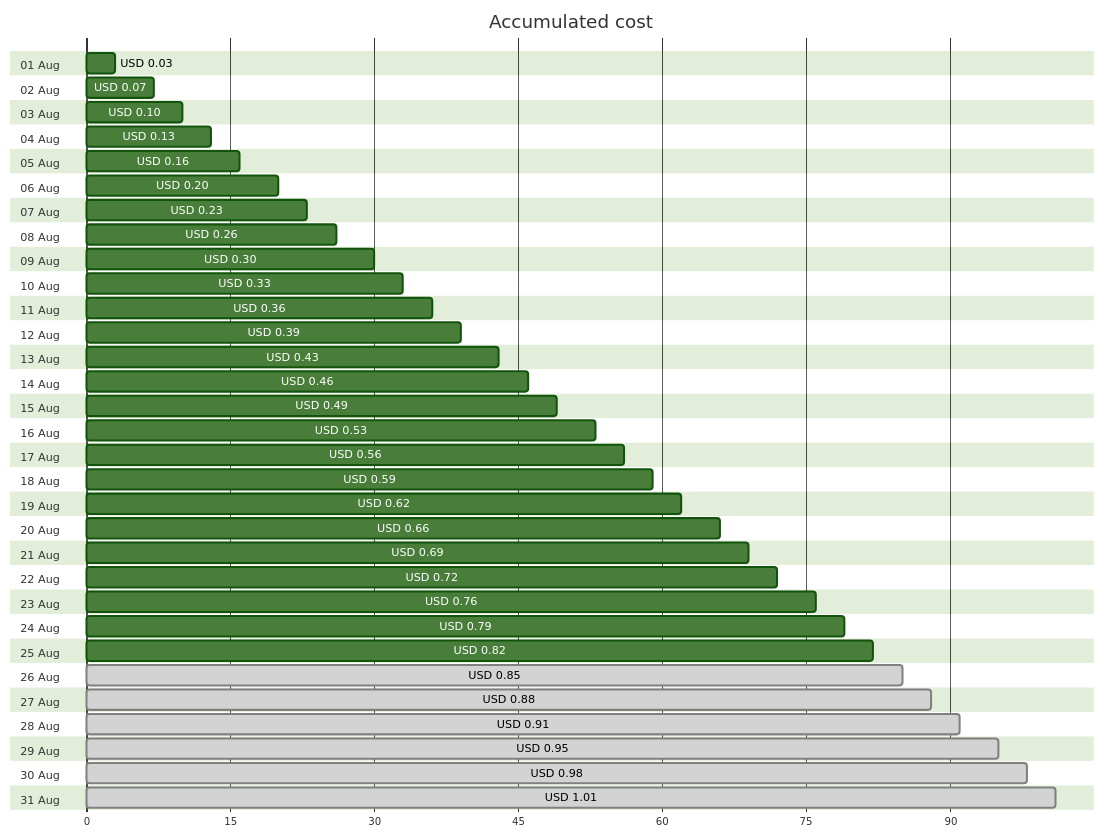
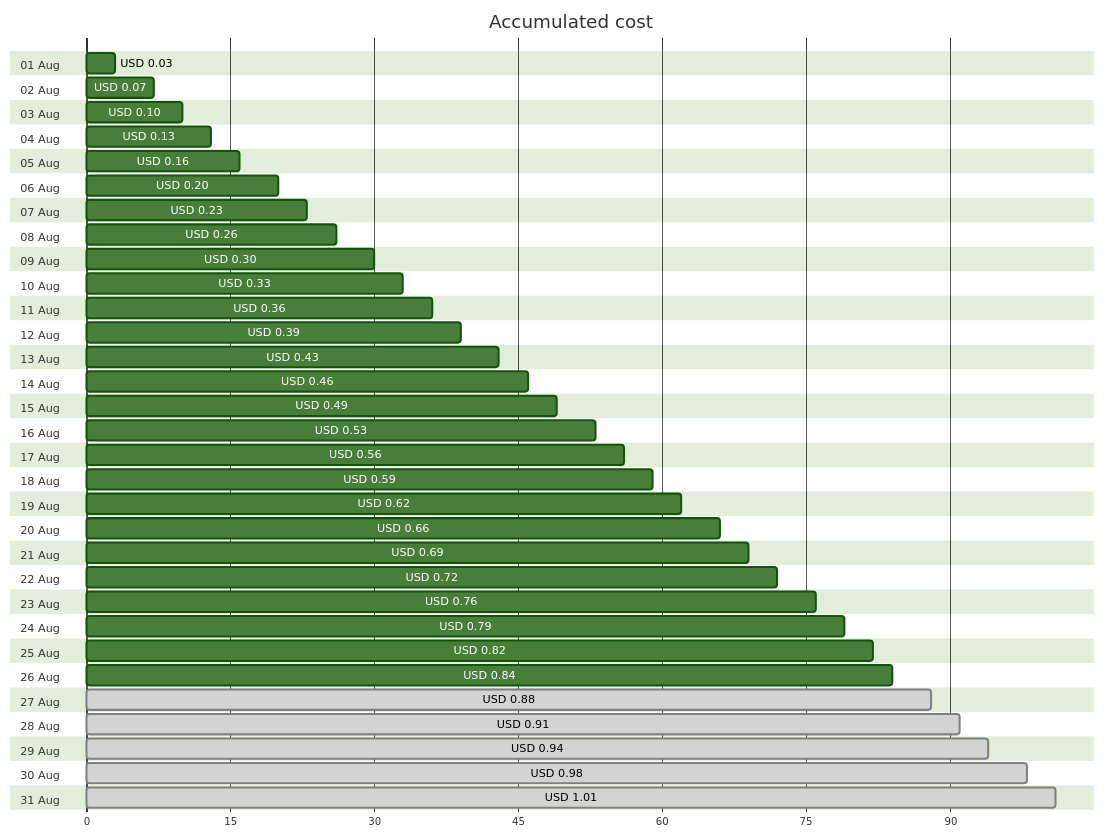
One commit to jpfulton/azure-personal-reports changed the first of 4 diagrams in cost-reports/personal-dns/README.md. Above: the diagram before and after it, drawn with Mermaid (forest theme). The commit also changed other lines of this file and 2 other files, not shown here.

````diff
--- a/cost-reports/personal-dns/README.md
+++ b/cost-reports/personal-dns/README.md
@@ -20,68 +20,68 @@
 ```mermaid
 gantt
    title Accumulated cost
    dateFormat  X
    axisFormat %s
    section 01 Aug
    USD 0.03 :0, 3
    section 02 Aug
    USD 0.07 :0, 7
    section 03 Aug
    USD 0.10 :0, 10
    section 04 Aug
    USD 0.13 :0, 13
    section 05 Aug
    USD 0.16 :0, 16
    section 06 Aug
    USD 0.20 :0, 20
    section 07 Aug
    USD 0.23 :0, 23
    section 08 Aug
    USD 0.26 :0, 26
    section 09 Aug
    USD 0.30 :0, 30
    section 10 Aug
    USD 0.33 :0, 33
    section 11 Aug
    USD 0.36 :0, 36
    section 12 Aug
    USD 0.39 :0, 39
    section 13 Aug
    USD 0.43 :0, 43
    section 14 Aug
    USD 0.46 :0, 46
    section 15 Aug
    USD 0.49 :0, 49
    section 16 Aug
    USD 0.53 :0, 53
    section 17 Aug
    USD 0.56 :0, 56
    section 18 Aug
    USD 0.59 :0, 59
    section 19 Aug
    USD 0.62 :0, 62
    section 20 Aug
    USD 0.66 :0, 66
    section 21 Aug
    USD 0.69 :0, 69
    section 22 Aug
    USD 0.72 :0, 72
    section 23 Aug
    USD 0.76 :0, 76
    section 24 Aug
    USD 0.79 :0, 79
    section 25 Aug
    USD 0.82 :0, 82
    section 26 Aug
-   USD 0.85 : done, 0, 85
+   USD 0.84 :0, 84
    section 27 Aug
    USD 0.88 : done, 0, 88
    section 28 Aug
    USD 0.91 : done, 0, 91
    section 29 Aug
-   USD 0.95 : done, 0, 95
+   USD 0.94 : done, 0, 94
    section 30 Aug
    USD 0.98 : done, 0, 98
    section 31 Aug
    USD 1.01 : done, 0, 101
 ```
````
